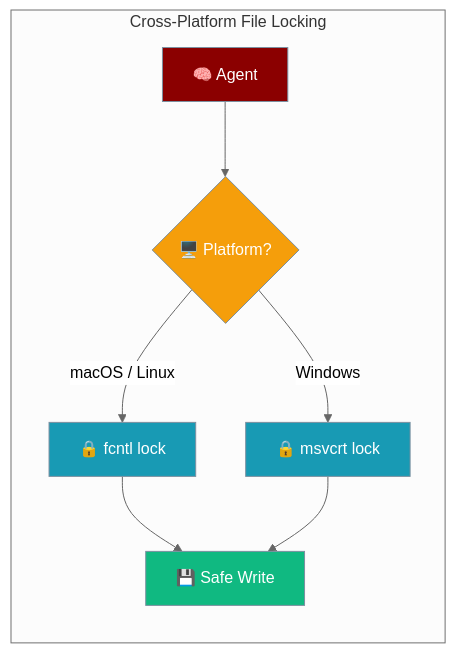
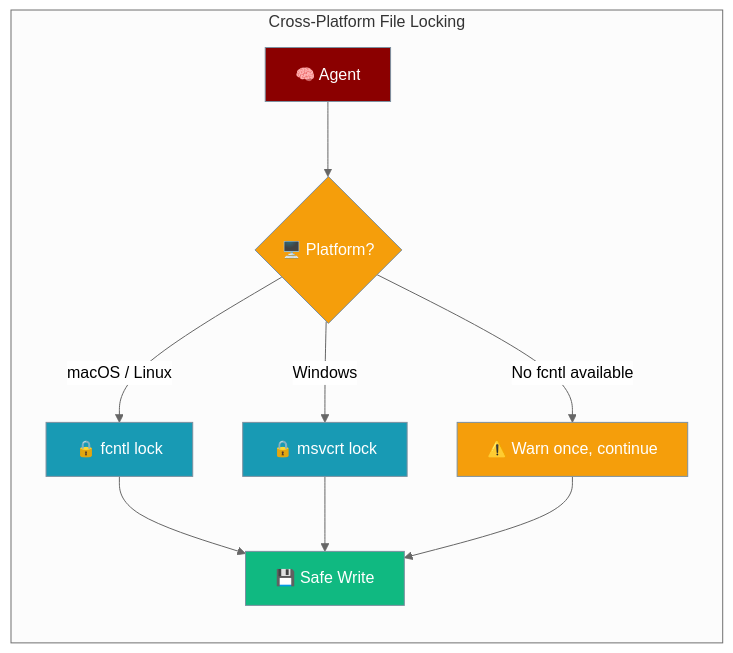
Before and after one commit to MervinPraison/PraisonAIDocs: the third of 3 diagrams in docs/features/persistence-json.mdx, drawn with Mermaid (neutral theme). The commit also changed other lines of this file and 1 other file, not shown here.

First line of the commit message:
docs: update session persistence file-locking docs for graceful fcntl-missing degradation (fixes #488)

````diff
--- a/docs/features/persistence-json.mdx
+++ b/docs/features/persistence-json.mdx
@@ -106,20 +106,24 @@
 ```mermaid
 graph LR
     subgraph "Cross-Platform File Locking"
         A[🧠 Agent] --> B{🖥️ Platform?}
         B -->|macOS / Linux| C[🔒 fcntl lock]
         B -->|Windows| D[🔒 msvcrt lock]
+        B -->|No fcntl available| F[⚠️ Warn once, continue]
         C --> E[💾 Safe Write]
         D --> E
+        F --> E
     end
 
     classDef agent fill:#8B0000,stroke:#7C90A0,color:#fff
     classDef detect fill:#F59E0B,stroke:#7C90A0,color:#fff
     classDef lock fill:#189AB4,stroke:#7C90A0,color:#fff
+    classDef warn fill:#F59E0B,stroke:#7C90A0,color:#fff
     classDef write fill:#10B981,stroke:#7C90A0,color:#fff
 
     class A agent
     class B detect
     class C,D lock
+    class F warn
     class E write
 ```
````
